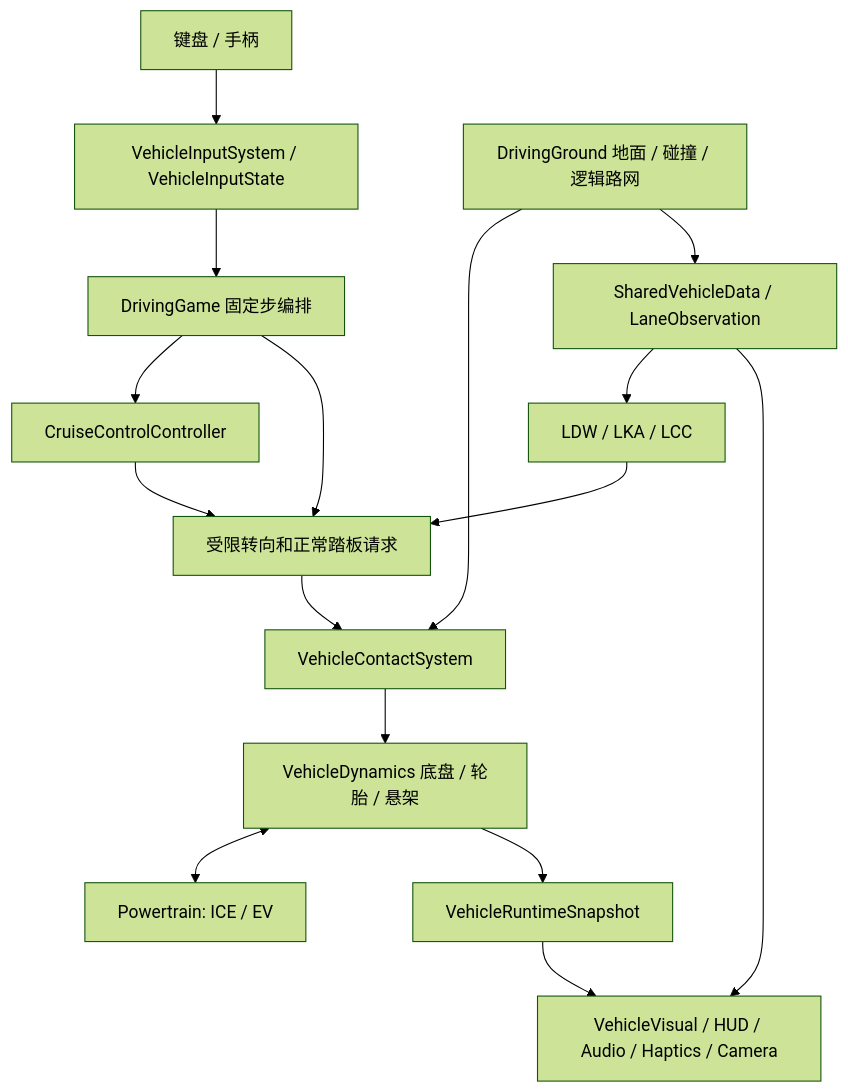
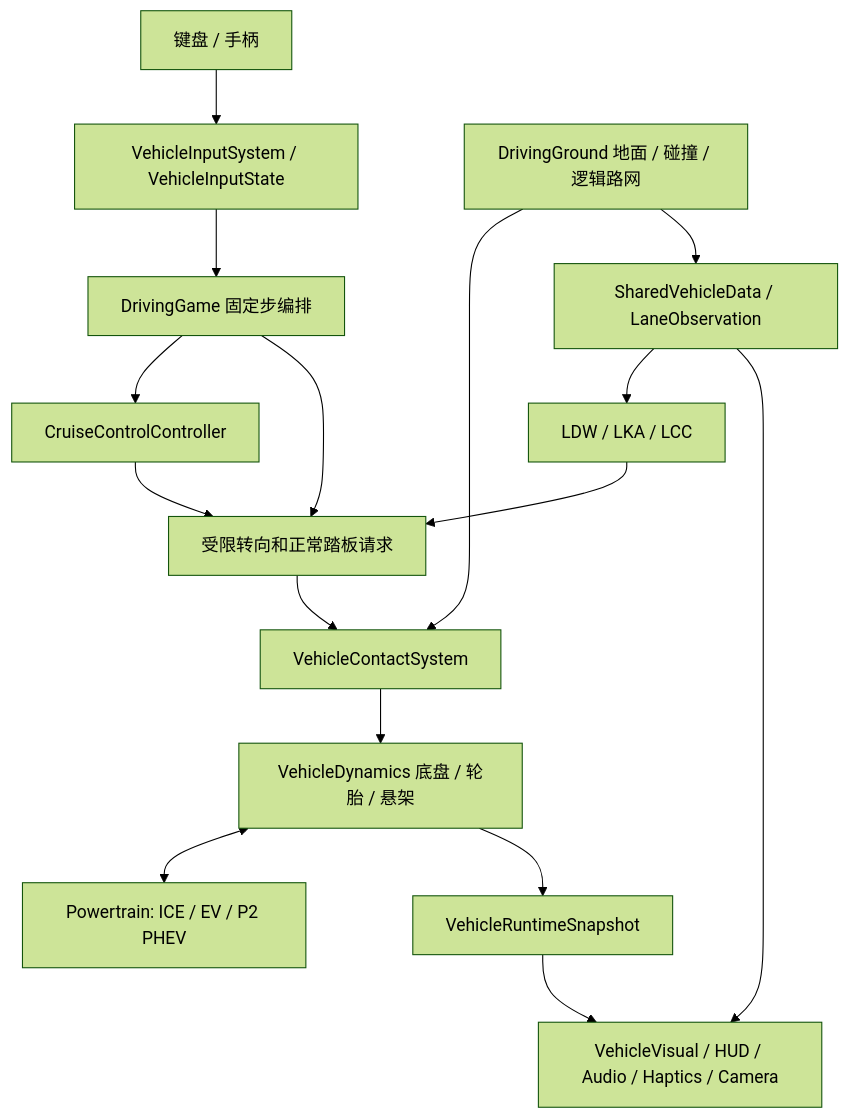
The diagram in docs/CURRENT_CODE_CONTEXT.md (wereh-dsy/DriverSchool), drawn with Mermaid (forest theme) before and after one commit. The commit also changed other lines of this file and 423 other files, not shown here.

````diff
--- a/docs/CURRENT_CODE_CONTEXT.md
+++ b/docs/CURRENT_CODE_CONTEXT.md
@@ -18,18 +18,18 @@
 ```mermaid
 flowchart TD
   Input[键盘 / 手柄] --> Unified[VehicleInputSystem / VehicleInputState]
   Unified --> Game[DrivingGame 固定步编排]
   Ground[DrivingGround 地面 / 碰撞 / 逻辑路网] --> Contact[VehicleContactSystem]
   Ground --> Shared[SharedVehicleData / LaneObservation]
   Shared --> Lateral[LDW / LKA / LCC]
   Game --> Cruise[CruiseControlController]
   Lateral --> Controls[受限转向和正常踏板请求]
   Cruise --> Controls
   Game --> Controls
   Controls --> Contact
   Contact --> Dynamics[VehicleDynamics 底盘 / 轮胎 / 悬架]
-  Dynamics <--> Powertrain[Powertrain: ICE / EV]
+  Dynamics <--> Powertrain[Powertrain: ICE / EV / P2 PHEV]
   Dynamics --> Snapshot[VehicleRuntimeSnapshot]
   Snapshot --> Presentation[VehicleVisual / HUD / Audio / Haptics / Camera]
   Shared --> Presentation
 ```
````
